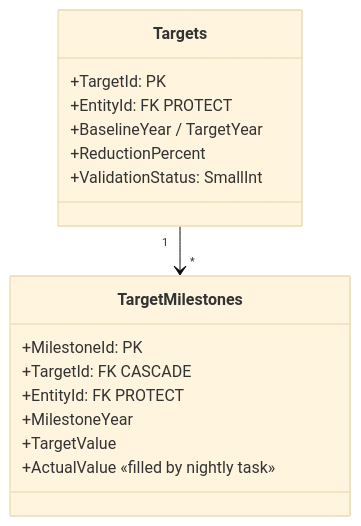
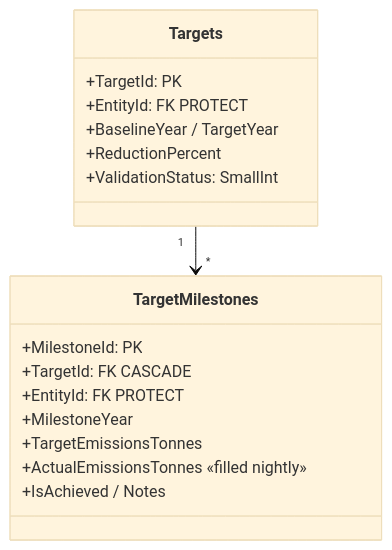
One commit to Software-Lifecycle-Consultants/SusDevOS-Pro changed the third of 4 diagrams in docs/diagrams/uml/03-domain-ghg.md. Above: the diagram before and after it, drawn with Mermaid (base theme). The commit also changed other lines of this file and 23 other files, not shown here.

````diff
--- a/docs/diagrams/uml/03-domain-ghg.md
+++ b/docs/diagrams/uml/03-domain-ghg.md
@@ -139,19 +149,20 @@
 ```mermaid
 classDiagram
     class Targets {
         +TargetId: PK
         +EntityId: FK PROTECT
         +BaselineYear / TargetYear
         +ReductionPercent
         +ValidationStatus: SmallInt
     }
     class TargetMilestones {
         +MilestoneId: PK
         +TargetId: FK CASCADE
         +EntityId: FK PROTECT
         +MilestoneYear
-        +TargetValue
-        +ActualValue «filled by nightly task»
+        +TargetEmissionsTonnes
+        +ActualEmissionsTonnes «filled nightly»
+        +IsAchieved / Notes
     }
     Targets "1" --> "*" TargetMilestones
 ```
````
